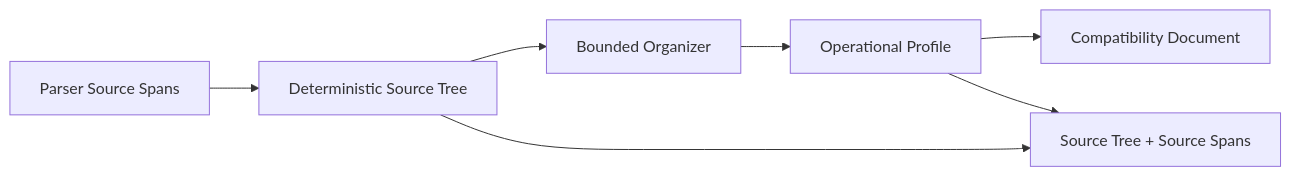
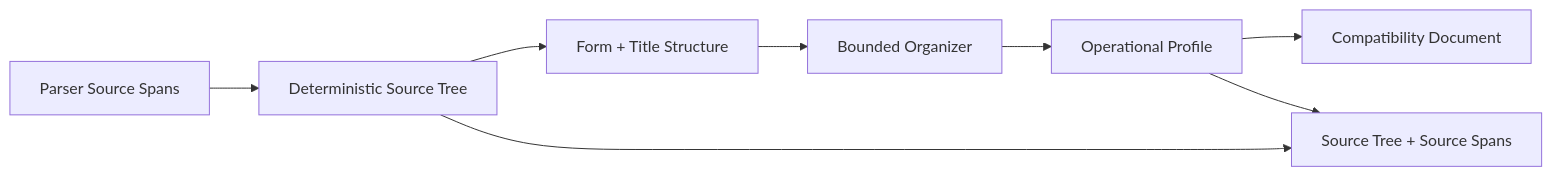
One commit to claritylabs-inc/cl-sdk changed the first of 4 diagrams in docs-pkg/getting-started/architecture.mdx. Above: the diagram before and after it, drawn with Mermaid. The commit also changed other lines of this file and 6 other files, not shown here.

````diff
--- a/docs-pkg/getting-started/architecture.mdx
+++ b/docs-pkg/getting-started/architecture.mdx
@@ -12,9 +12,10 @@
 ```mermaid
 flowchart LR
   PDF[Parser Source Spans] --> TREE[Deterministic Source Tree]
-  TREE --> ORG[Bounded Organizer]
+  TREE --> HINTS[Form + Title Structure]
+  HINTS --> ORG[Bounded Organizer]
   ORG --> PROF[Operational Profile]
   PROF --> PROJ[Compatibility Document]
   TREE --> OUT[Source Tree + Source Spans]
   PROF --> OUT
 ```
````
